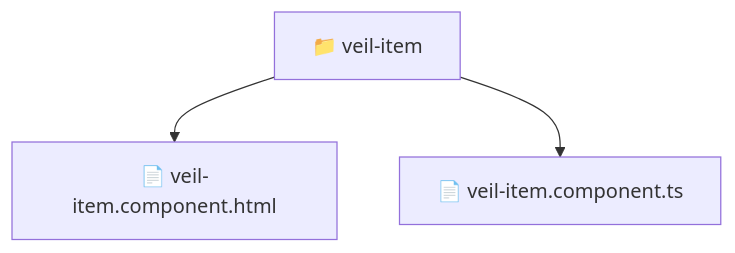
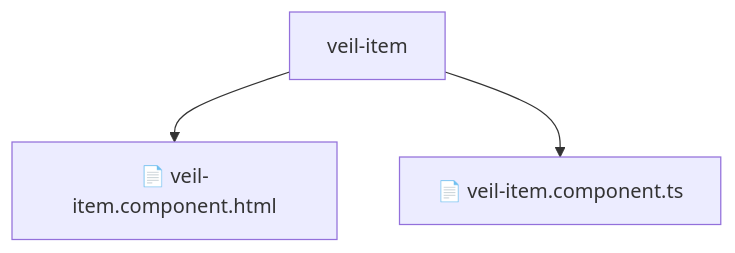
The diagram in frontend/src/pages/veil/ui/veil-item/README.md (beginwebdev2002/fullstack-mavluda), drawn with Mermaid before and after one commit. The commit also changed other lines of this file and 155 other files, not shown here.

````diff
--- a/frontend/src/pages/veil/ui/veil-item/README.md
+++ b/frontend/src/pages/veil/ui/veil-item/README.md
@@ -10,6 +14,6 @@
 ```mermaid
 graph TD
-  Root["📁 veil-item"]
-  Root --> veilitemcomponenthtml["📄 veil-item.component.html"]
-  Root --> veilitemcomponentts["📄 veil-item.component.ts"]
+    Root[veil-item]
+    Root --> F0[📄 veil-item.component.html]
+    Root --> F1[📄 veil-item.component.ts]
 ```
````
